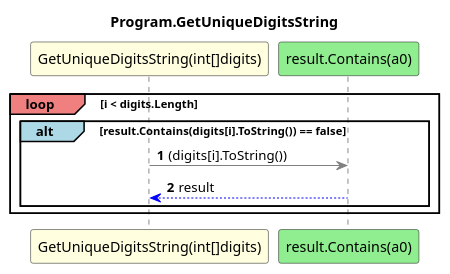
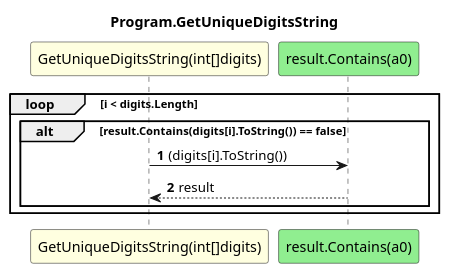
Before and after one commit to leoggehrer/2324-34_ABIF_ACIF_POSE: the diagram in CountDifferentDigits.ConApp/diagrams/sq_Program_GetUniqueDigitsString.puml, drawn with PlantUML. The commit also changed 479 other files, not shown here.

Commit message:
Updated diagrams.

```diff
--- a/CountDifferentDigits.ConApp/diagrams/sq_Program_GetUniqueDigitsString.puml
+++ b/CountDifferentDigits.ConApp/diagrams/sq_Program_GetUniqueDigitsString.puml
@@ -1,12 +1,12 @@
 @startuml Program.GetUniqueDigitsString
 title Program.GetUniqueDigitsString
 participant "GetUniqueDigitsString(int[]digits)" as GetUniqueDigitsString_p0 #LightYellow
 participant "result.Contains(a0)" as result_Contains_a0 #LightGreen
 autonumber
-loop#LightCoral i < digits.Length
-    alt#LightBlue result.Contains(digits[i].ToString()) == false
-        GetUniqueDigitsString_p0 -[#grey]> result_Contains_a0 : (digits[i].ToString())
-        result_Contains_a0 -[#blue]-> GetUniqueDigitsString_p0 : result
+loop i < digits.Length
+    alt result.Contains(digits[i].ToString()) == false
+        GetUniqueDigitsString_p0 -> result_Contains_a0 : (digits[i].ToString())
+        result_Contains_a0 --> GetUniqueDigitsString_p0 : result
     end
 end
 @enduml
```
